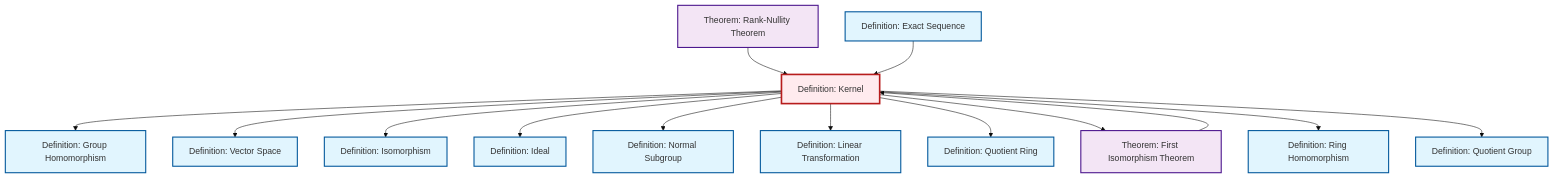
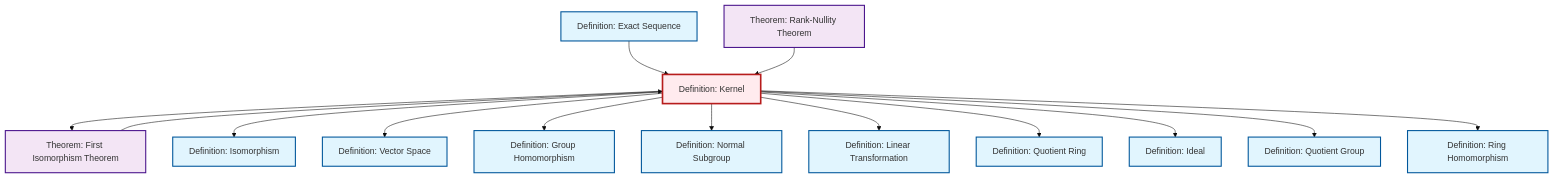
The diagram in content/en/algebra/def-kernel.qmd (RK0429/ModernMath), drawn with Mermaid (base theme) before and after one commit. The commit also changed other lines of this file and 672 other files, not shown here.

````diff
--- a/content/en/algebra/def-kernel.qmd
+++ b/content/en/algebra/def-kernel.qmd
@@ -82,48 +82,48 @@
 ```{mermaid}
 %%| fig-cap: "Local dependency graph"
 graph TD
     classDef definition fill:#e1f5fe,stroke:#01579b,stroke-width:2px
     classDef theorem fill:#f3e5f5,stroke:#4a148c,stroke-width:2px
     classDef axiom fill:#fff3e0,stroke:#e65100,stroke-width:2px
     classDef example fill:#e8f5e9,stroke:#1b5e20,stroke-width:2px
     classDef current fill:#ffebee,stroke:#b71c1c,stroke-width:3px
+    def-normal-subgroup["Definition: Normal Subgroup"]:::definition
+    thm-rank-nullity["Theorem: Rank-Nullity Theorem"]:::theorem
+    def-quotient-group["Definition: Quotient Group"]:::definition
+    def-exact-sequence["Definition: Exact Sequence"]:::definition
+    def-isomorphism["Definition: Isomorphism"]:::definition
+    def-ring-homomorphism["Definition: Ring Homomorphism"]:::definition
+    def-linear-transformation["Definition: Linear Transformation"]:::definition
+    thm-first-isomorphism["Theorem: First Isomorphism Theorem"]:::theorem
+    def-homomorphism["Definition: Group Homomorphism"]:::definition
+    def-ideal["Definition: Ideal"]:::definition
+    def-quotient-ring["Definition: Quotient Ring"]:::definition
     def-kernel["Definition: Kernel"]:::definition
-    def-exact-sequence["Definition: Exact Sequence"]:::definition
-    def-ring-homomorphism["Definition: Ring Homomorphism"]:::definition
     def-vector-space["Definition: Vector Space"]:::definition
-    def-isomorphism["Definition: Isomorphism"]:::definition
-    def-linear-transformation["Definition: Linear Transformation"]:::definition
-    thm-rank-nullity["Theorem: Rank-Nullity Theorem"]:::theorem
-    thm-first-isomorphism["Theorem: First Isomorphism Theorem"]:::theorem
-    def-normal-subgroup["Definition: Normal Subgroup"]:::definition
-    def-quotient-ring["Definition: Quotient Ring"]:::definition
-    def-homomorphism["Definition: Group Homomorphism"]:::definition
-    def-quotient-group["Definition: Quotient Group"]:::definition
-    def-ideal["Definition: Ideal"]:::definition
+    def-kernel --> thm-first-isomorphism
+    def-kernel --> def-isomorphism
+    thm-first-isomorphism --> def-kernel
+    def-kernel --> def-vector-space
+    def-exact-sequence --> def-kernel
     thm-rank-nullity --> def-kernel
     def-kernel --> def-homomorphism
-    def-exact-sequence --> def-kernel
-    def-kernel --> def-vector-space
-    def-kernel --> def-isomorphism
-    def-kernel --> def-ideal
     def-kernel --> def-normal-subgroup
-    thm-first-isomorphism --> def-kernel
     def-kernel --> def-linear-transformation
     def-kernel --> def-quotient-ring
-    def-kernel --> thm-first-isomorphism
+    def-kernel --> def-ideal
+    def-kernel --> def-quotient-group
     def-kernel --> def-ring-homomorphism
-    def-kernel --> def-quotient-group
     class def-kernel current
+    click def-normal-subgroup "def-normal-subgroup.html" "Go to Normal Subgroup definition"
+    click thm-rank-nullity "thm-rank-nullity.html" "Go to Rank-Nullity Theorem theorem"
+    click def-quotient-group "def-quotient-group.html" "Go to Quotient Group definition"
     click def-exact-sequence "def-exact-sequence.html" "Go to Exact Sequence definition"
+    click def-isomorphism "def-isomorphism.html" "Go to Isomorphism definition"
     click def-ring-homomorphism "def-ring-homomorphism.html" "Go to Ring Homomorphism definition"
+    click def-linear-transformation "def-linear-transformation.html" "Go to Linear Transformation definition"
+    click thm-first-isomorphism "thm-first-isomorphism.html" "Go to First Isomorphism Theorem theorem"
+    click def-homomorphism "def-homomorphism.html" "Go to Group Homomorphism definition"
+    click def-ideal "def-ideal.html" "Go to Ideal definition"
+    click def-quotient-ring "def-quotient-ring.html" "Go to Quotient Ring definition"
     click def-vector-space "def-vector-space.html" "Go to Vector Space definition"
-    click def-isomorphism "def-isomorphism.html" "Go to Isomorphism definition"
-    click def-linear-transformation "def-linear-transformation.html" "Go to Linear Transformation definition"
-    click thm-rank-nullity "thm-rank-nullity.html" "Go to Rank-Nullity Theorem theorem"
-    click thm-first-isomorphism "thm-first-isomorphism.html" "Go to First Isomorphism Theorem theorem"
-    click def-normal-subgroup "def-normal-subgroup.html" "Go to Normal Subgroup definition"
-    click def-quotient-ring "def-quotient-ring.html" "Go to Quotient Ring definition"
-    click def-homomorphism "def-homomorphism.html" "Go to Group Homomorphism definition"
-    click def-quotient-group "def-quotient-group.html" "Go to Quotient Group definition"
-    click def-ideal "def-ideal.html" "Go to Ideal definition"
 ```
````
